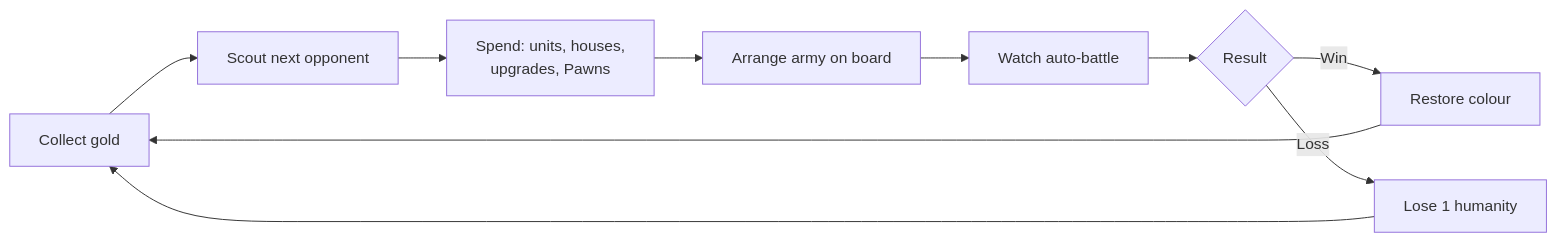
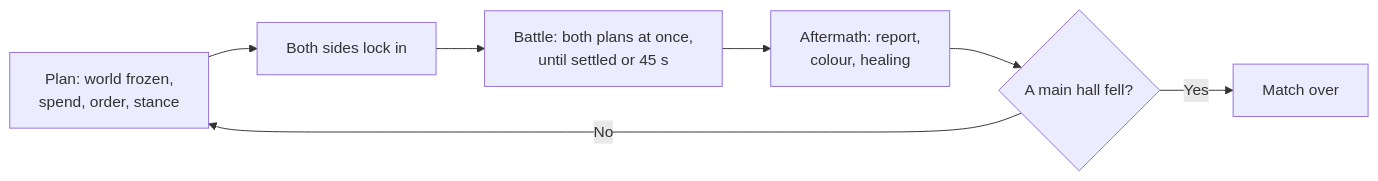
Before and after one commit to nauqh/greyfall: the first of 2 diagrams in PRD.md, drawn with Mermaid. The commit also changed other lines of this file, not shown here.

````diff
--- a/PRD.md
+++ b/PRD.md
@@ -46,12 +55,9 @@
 ```mermaid
 flowchart LR
-  A[Collect gold] --> B[Scout next opponent]
-  B --> C[Spend: units, houses,<br/>upgrades, Pawns]
-  C --> D[Arrange army on board]
-  D --> E[Watch auto-battle]
-  E --> F{Result}
-  F -->|Win| G[Restore colour]
-  F -->|Loss| H[Lose 1 humanity]
-  G --> A
-  H --> A
+  A[Plan: world frozen,<br/>spend, order, stance] --> B[Both sides lock in]
+  B --> C[Battle: both plans at once,<br/>until settled or 45 s]
+  C --> D[Aftermath: report,<br/>colour, healing]
+  D --> E{A main hall fell?}
+  E -->|No| A
+  E -->|Yes| F[Match over]
 ```
````
